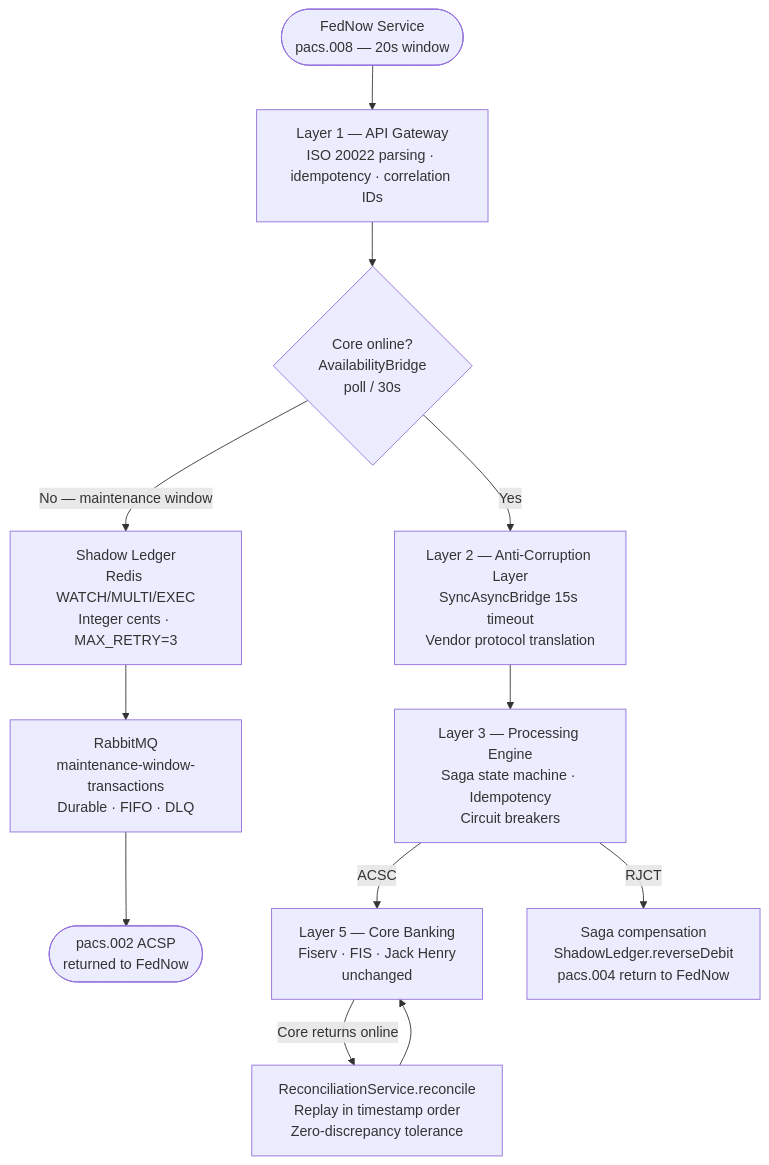
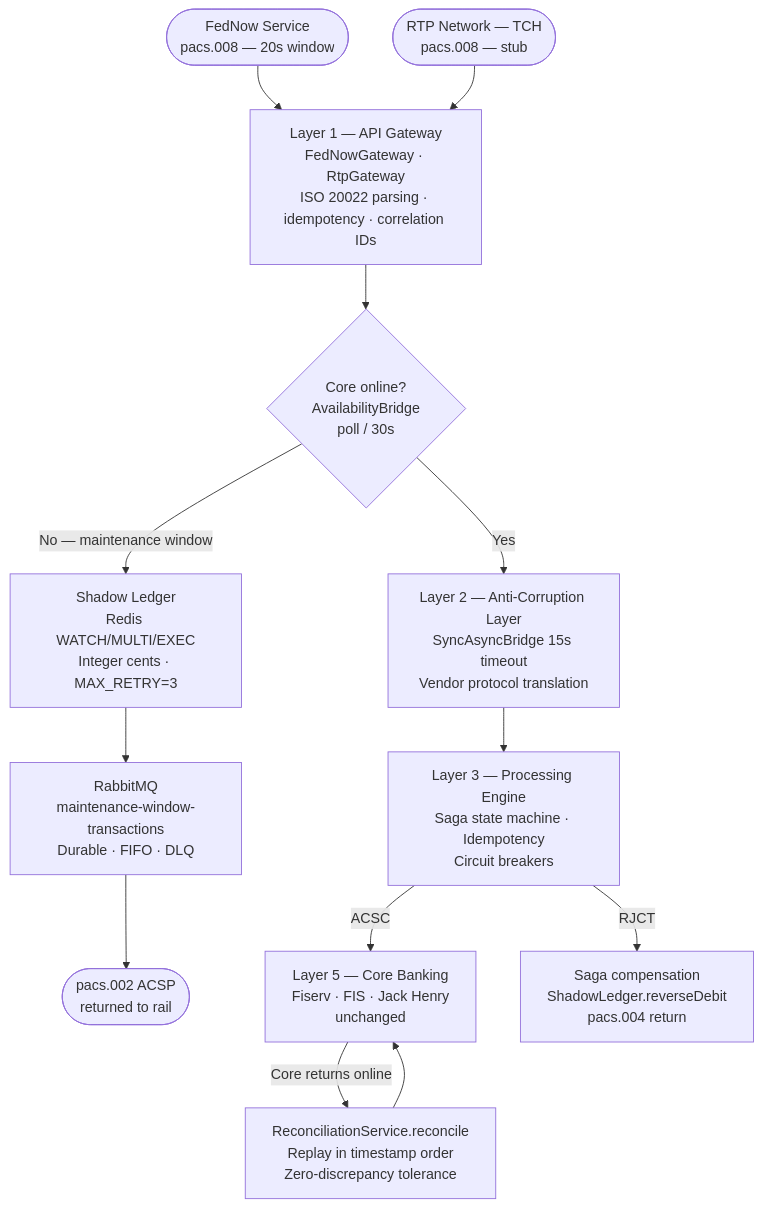
One commit to danielsmori/open-fednow changed the diagram in README.md. Above: the diagram before and after it, drawn with Mermaid. The commit also changed other lines of this file, not shown here.

First line of the commit message:
Update README diagrams and Layer 1 description for dual-rail architecture

````diff
--- a/README.md
+++ b/README.md
@@ -42,22 +42,24 @@
 ```mermaid
 flowchart TD
     FN([FedNow Service\npacs.008 — 20s window])
+    RTP([RTP Network — TCH\npacs.008 — stub])
 
-    FN --> GW["Layer 1 — API Gateway\nISO 20022 parsing · idempotency · correlation IDs"]
+    FN  --> GW["Layer 1 — API Gateway\nFedNowGateway · RtpGateway\nISO 20022 parsing · idempotency · correlation IDs"]
+    RTP --> GW
 
     GW --> CHK{Core online?\nAvailabilityBridge\npoll / 30s}
 
     CHK -->|Yes| ACL["Layer 2 — Anti-Corruption Layer\nSyncAsyncBridge 15s timeout\nVendor protocol translation"]
     CHK -->|No — maintenance window| SL["Shadow Ledger\nRedis WATCH/MULTI/EXEC\nInteger cents · MAX_RETRY=3"]
 
     SL --> MQ["RabbitMQ\nmaintenance-window-transactions\nDurable · FIFO · DLQ"]
-    MQ --> ACSP([pacs.002 ACSP\nreturned to FedNow])
+    MQ --> ACSP([pacs.002 ACSP\nreturned to rail])
 
     ACL --> PE["Layer 3 — Processing Engine\nSaga state machine · Idempotency\nCircuit breakers"]
 
     PE -->|ACSC| CORE["Layer 5 — Core Banking\nFiserv · FIS · Jack Henry\nunchanged"]
-    PE -->|RJCT| COMP["Saga compensation\nShadowLedger.reverseDebit\npacs.004 return to FedNow"]
+    PE -->|RJCT| COMP["Saga compensation\nShadowLedger.reverseDebit\npacs.004 return"]
 
     CORE -->|Core returns online| RECON["ReconciliationService.reconcile\nReplay in timestamp order\nZero-discrepancy tolerance"]
     RECON --> CORE
 ```
````
